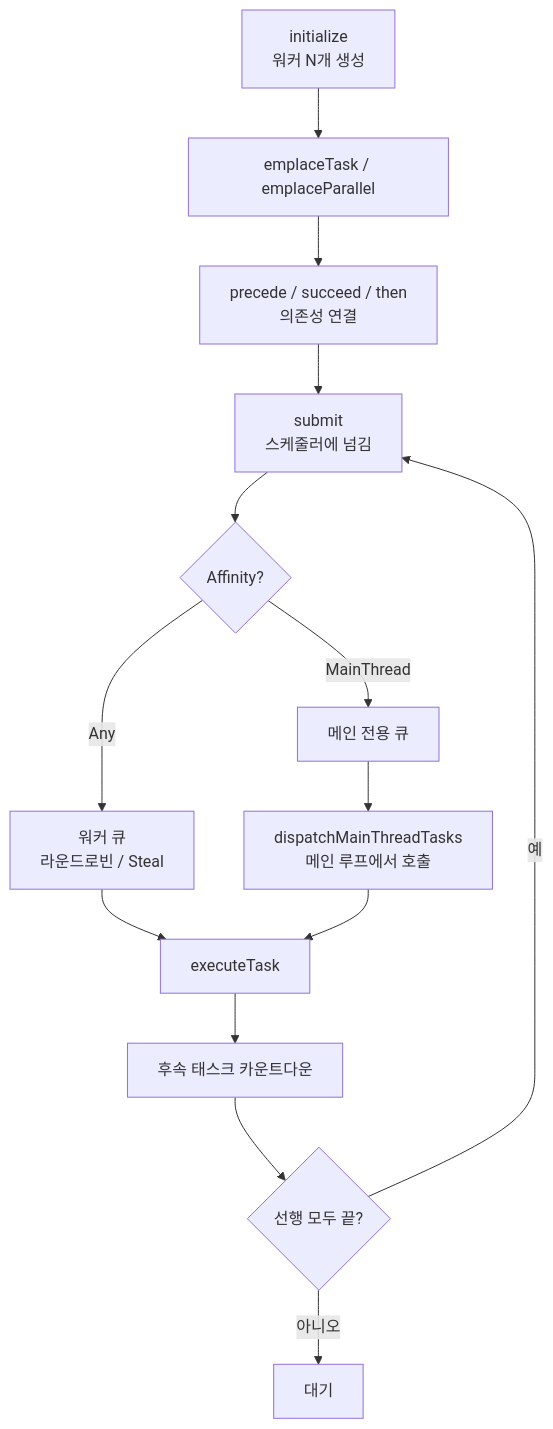
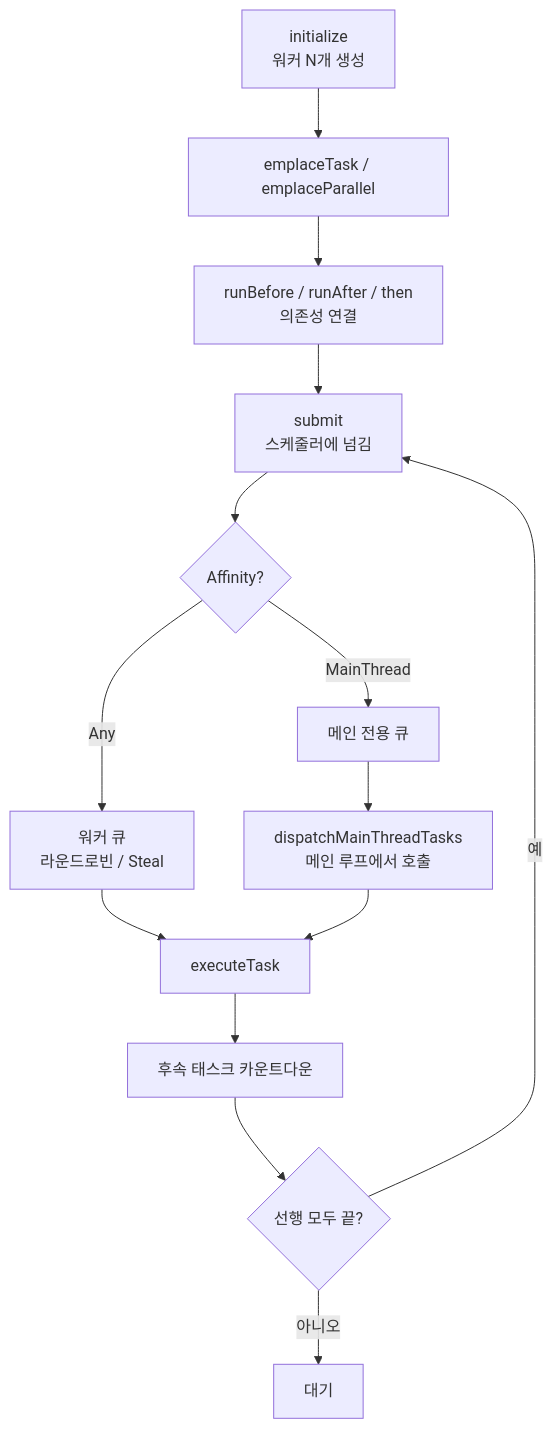
The first of 4 diagrams in Source/Core/Task/README.md (sswgame/LearningTemplate), drawn with Mermaid before and after one commit. The commit also changed other lines of this file and 22 other files, not shown here.

````diff
--- a/Source/Core/Task/README.md
+++ b/Source/Core/Task/README.md
@@ -50,16 +50,16 @@
 ```mermaid
 flowchart TD
   A[initialize<br/>워커 N개 생성] --> B[emplaceTask / emplaceParallel]
-  B --> C[precede / succeed / then<br/>의존성 연결]
+  B --> C[runBefore / runAfter / then<br/>의존성 연결]
   C --> D[submit<br/>스케줄러에 넘김]
   D --> E{Affinity?}
   E -->|Any| F[워커 큐<br/>라운드로빈 / Steal]
   E -->|MainThread| G[메인 전용 큐]
   F --> H[executeTask]
   G --> I[dispatchMainThreadTasks<br/>메인 루프에서 호출]
   I --> H
   H --> J[후속 태스크 카운트다운]
   J --> K{선행 모두 끝?}
   K -->|예| D
   K -->|아니오| L[대기]
 ```
````
